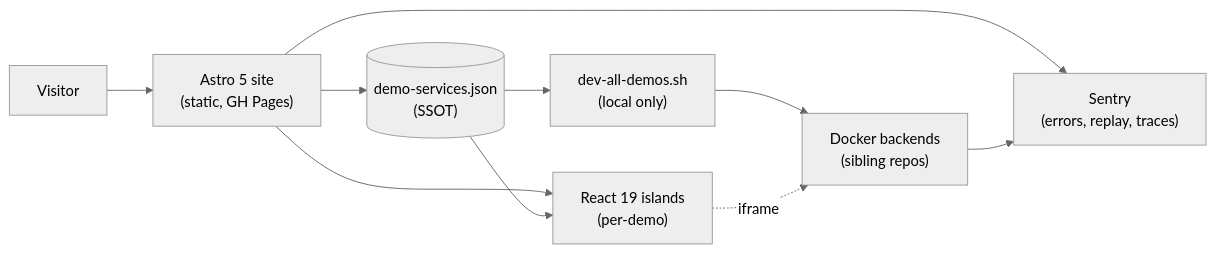
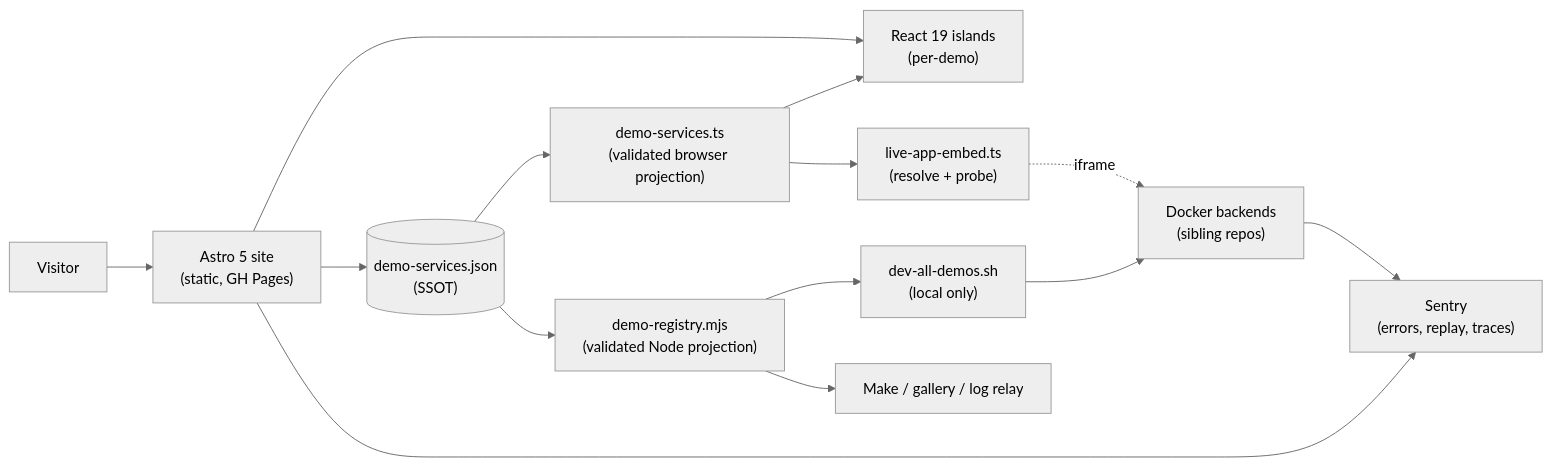
One commit to cuberhaus/PersonalPortfolio changed the diagram in docs/architecture/overview.md. Above: the diagram before and after it, drawn with Mermaid (neutral theme). The commit also changed other lines of this file and 50 other files, not shown here.

First line of the commit message:
Refactor demo services and layouts for improved type safety and organization

````diff
--- a/docs/architecture/overview.md
+++ b/docs/architecture/overview.md
@@ -9,12 +9,16 @@
 ```mermaid
 flowchart LR
     visitor["Visitor"] --> astro["Astro 5 site<br/>(static, GH Pages)"]
     astro --> islands["React 19 islands<br/>(per-demo)"]
     astro --> registry[("demo-services.json<br/>(SSOT)")]
-    registry --> orchestrator["dev-all-demos.sh<br/>(local only)"]
-    registry --> islands
+    registry --> browserProjection["demo-services.ts<br/>(validated browser projection)"]
+    registry --> nodeProjection["demo-registry.mjs<br/>(validated Node projection)"]
+    browserProjection --> islands
+    browserProjection --> live["live-app-embed.ts<br/>(resolve + probe)"]
+    nodeProjection --> orchestrator["dev-all-demos.sh<br/>(local only)"]
+    nodeProjection --> scripts["Make / gallery / log relay"]
     orchestrator --> docker["Docker backends<br/>(sibling repos)"]
-    islands -. "iframe" .-> docker
+    live -. "iframe" .-> docker
     astro --> sentry["Sentry<br/>(errors, replay, traces)"]
     docker --> sentry
 ```
````
